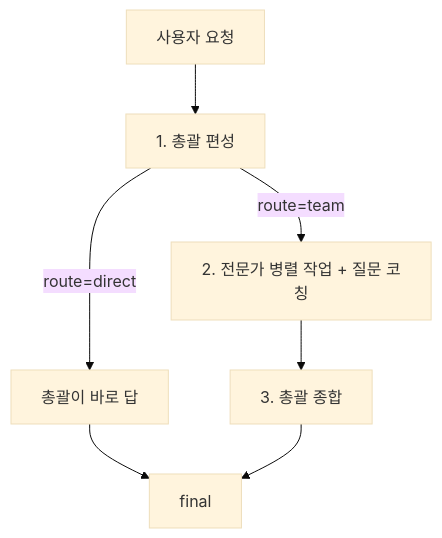
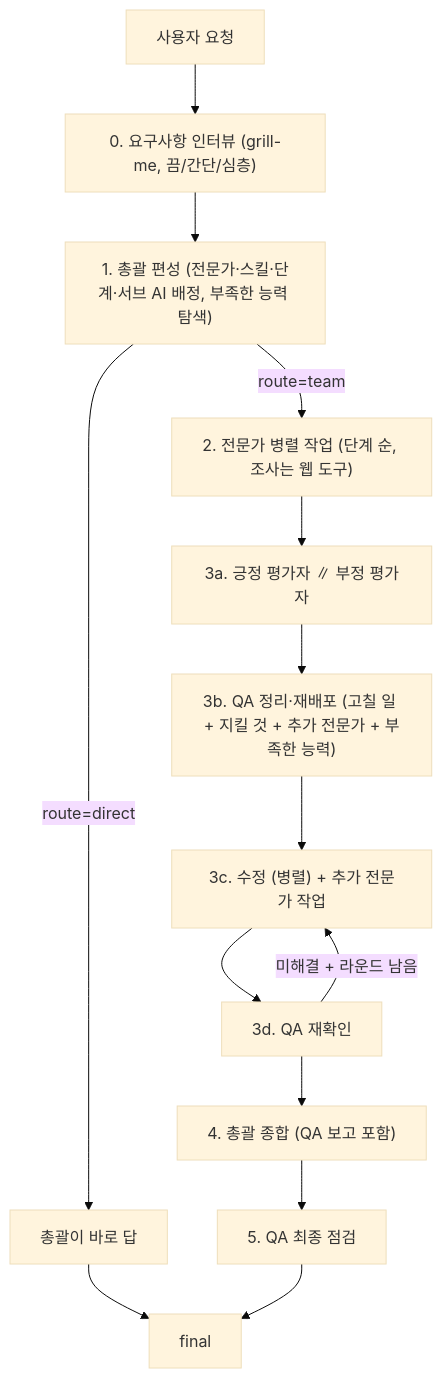
The diagram in user/docs/ARCHITECTURE.md (2Jaegon/SIDE_PJ), drawn with Mermaid (base theme) before and after one commit. The commit also changed other lines of this file and 81 other files, not shown here.

````diff
--- a/user/docs/ARCHITECTURE.md
+++ b/user/docs/ARCHITECTURE.md
@@ -42,9 +43,16 @@
 ```mermaid
 flowchart TD
-    User["사용자 요청"] --> Plan["1. 총괄 편성"]
+    User["사용자 요청"] --> Int["0. 요구사항 인터뷰 (grill-me, 끔/간단/심층)"]
+    Int --> Plan["1. 총괄 편성 (전문가·스킬·단계·서브 AI 배정, 부족한 능력 탐색)"]
     Plan -->|route=direct| Direct["총괄이 바로 답"]
-    Plan -->|route=team| Workers["2. 전문가 병렬 작업 + 질문 코칭"]
-    Workers --> Synth["3. 총괄 종합"]
+    Plan -->|route=team| Workers["2. 전문가 병렬 작업 (단계 순, 조사는 웹 도구)"]
+    Workers --> Rev["3a. 긍정 평가자 ∥ 부정 평가자"]
+    Rev --> QA1["3b. QA 정리·재배포 (고칠 일 + 지킬 것 + 추가 전문가 + 부족한 능력)"]
+    QA1 --> Fix["3c. 수정 (병렬) + 추가 전문가 작업"]
+    Fix --> QA2["3d. QA 재확인"]
+    QA2 -->|미해결 + 라운드 남음| Fix
+    QA2 --> Synth["4. 총괄 종합 (QA 보고 포함)"]
+    Synth --> QAF["5. QA 최종 점검"]
     Direct --> Final["final"]
-    Synth --> Final
+    QAF --> Final
 ```
````
